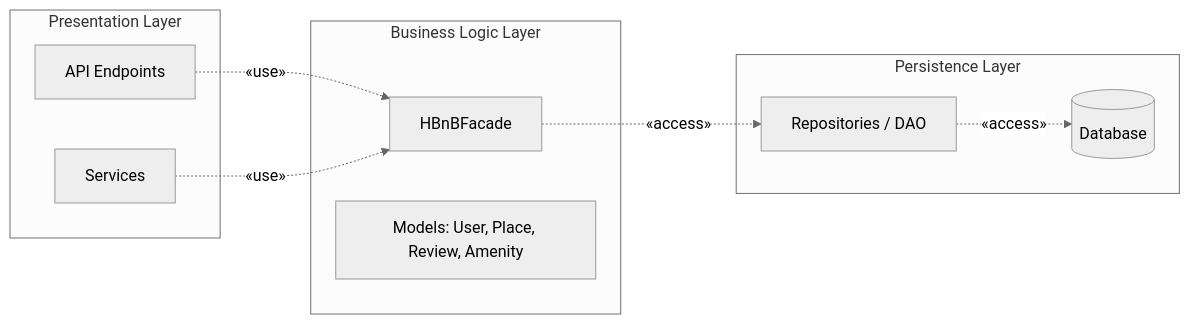
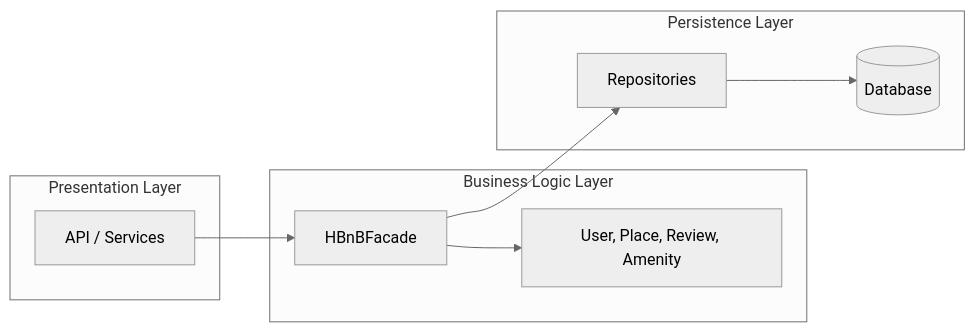
One commit to Nouf2027/holbertonschool-hbnb changed the diagram in part1/README.md. Above: the diagram before and after it, drawn with Mermaid (neutral theme). The commit also changed other lines of this file, not shown here.

Commit message:
Task 0: add high-level package diagram explanatory notes

````diff
--- a/part1/README.md
+++ b/part1/README.md
@@ -5,22 +13,22 @@
 ```mermaid
 flowchart LR
-  subgraph PL["Presentation Layer"]
-    API["API Endpoints"]
-    SVC["Services"]
-  end
 
-  subgraph BL["Business Logic Layer"]
-    FAC["HBnBFacade"]
-    MOD["Models: User, Place, Review, Amenity"]
-  end
+subgraph Presentation_Layer [Presentation Layer]
+    API[API / Services]
+end
 
-  subgraph PS["Persistence Layer"]
-    REP["Repositories / DAO"]
+subgraph Business_Logic_Layer [Business Logic Layer]
+    Facade[HBnBFacade]
+    Models[User, Place, Review, Amenity]
+end
+
+subgraph Persistence_Layer [Persistence Layer]
+    Repo[Repositories]
     DB[(Database)]
-  end
+end
 
-  API -. "«use»" .-> FAC
-  SVC -. "«use»" .-> FAC
-  FAC -. "«access»" .-> REP
-  REP -. "«access»" .-> DB
+API --> Facade
+Facade --> Models
+Facade --> Repo
+Repo --> DB
 ```
````
